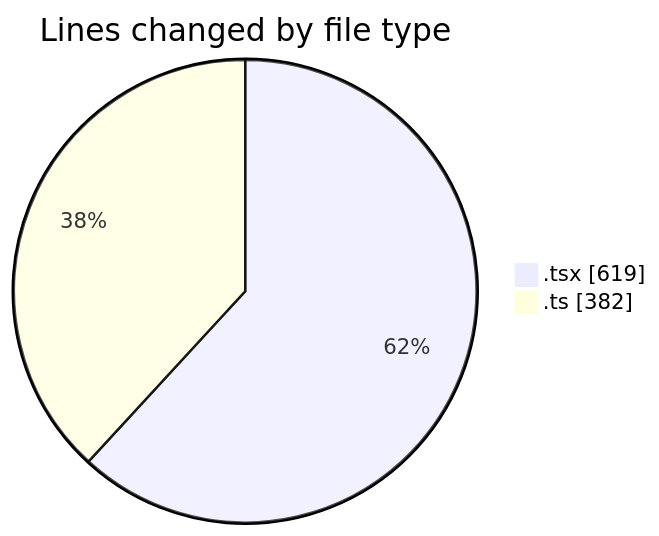
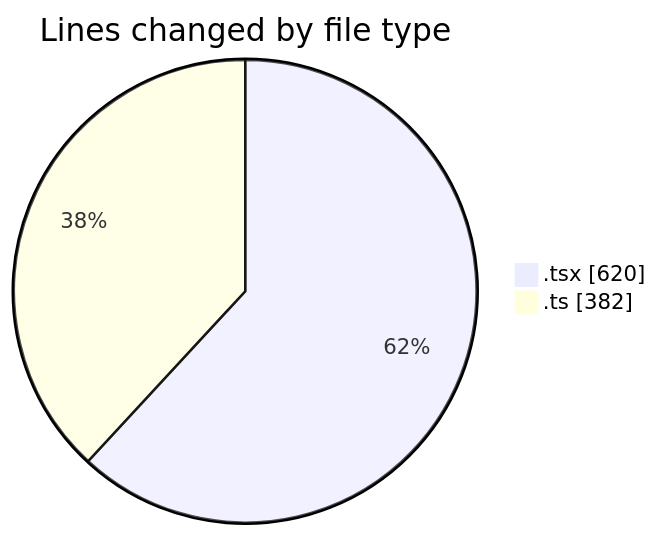
One commit to robertbonfada/code-tracking changed the first of 2 diagrams in 2025-03-17/audiobooks-web/README.md. Above: the diagram before and after it, drawn with Mermaid. The commit also changed other lines of this file and 1 other file, not shown here.

````diff
--- a/2025-03-17/audiobooks-web/README.md
+++ b/2025-03-17/audiobooks-web/README.md
@@ -27,6 +27,6 @@
 ```mermaid
 pie showData
 title Lines changed by file type
-".tsx" : 619
+".tsx" : 620
 ".ts" : 382
 ```
````
